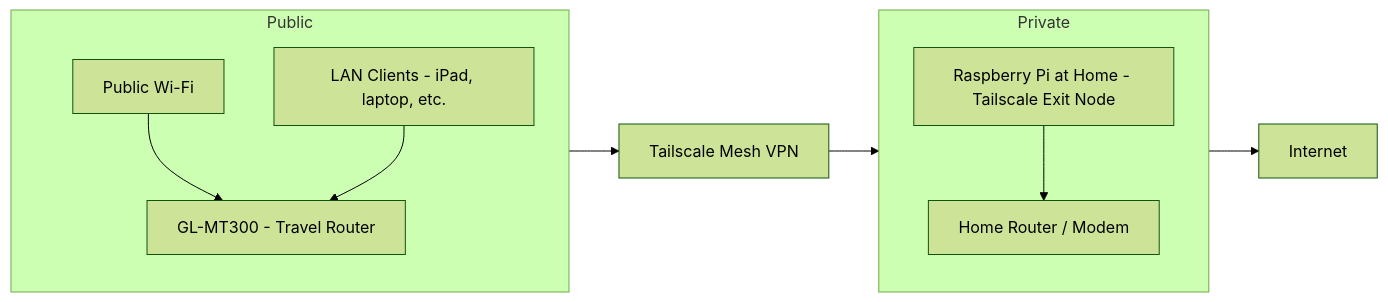
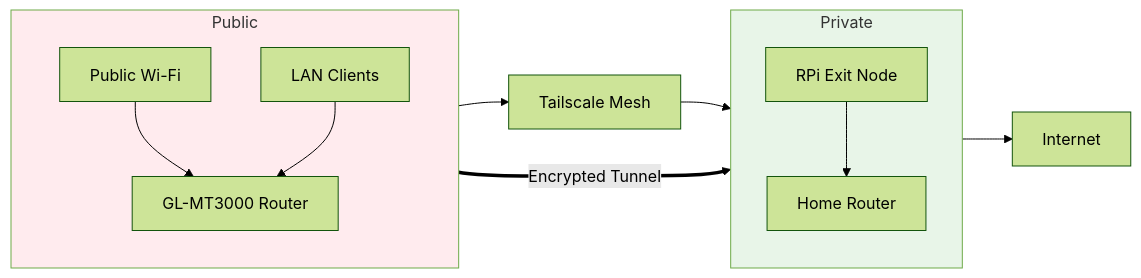
Before and after one commit to natonet-labs/tailscale-pi-exit-node: the diagram in GUIDE_GL_MT3000_EXIT_NODE.md, drawn with Mermaid (forest theme).

Commit message:
docs: update flowchart

````diff
--- a/GUIDE_GL_MT3000_EXIT_NODE.md
+++ b/GUIDE_GL_MT3000_EXIT_NODE.md
@@ -11,32 +11,22 @@
 ```mermaid
 flowchart LR
-    %% Core devices
-    H[Public Wi-Fi]
-    M[GL-MT300 - Travel Router]
-    L[LAN Clients - iPad, laptop, etc.]
-    T[Tailscale Mesh VPN]
-    R[Home Router / Modem]
-    P[Raspberry Pi at Home - Tailscale Exit Node]
-    I[Internet]
+  H[Public Wi-Fi] --> M[GL-MT3000 Router]
+  L[LAN Clients] --> M
+  M --> T[Tailscale Mesh] --> P[RPi Exit Node] --> R[Home Router] --> I[Internet]
+  M ==>|Encrypted Tunnel| P
+  
+  subgraph Hotel[Public]
+    direction TB
+    H; M; L
+  end
+  
+  subgraph Home[Private]
+    direction TB
+    R; P
+  end
 
-    %% Local network at hotel
-    H --> M
-    L --> M
-
-    %% Tailscale path and exit node
-    M --> T --> P --> R --> I
-
-    %% Logical roles
-    subgraph Hotel_Site[Public]
-        direction TB
-        H
-        M
-        L
-    end
-
-    subgraph Home_Site[Private]
-        direction TB
-        R
-        P
-    end
+classDef hotel fill:#ffebee
+classDef home fill:#e8f5e8
+class Hotel hotel
+class Home home
 ```
````
